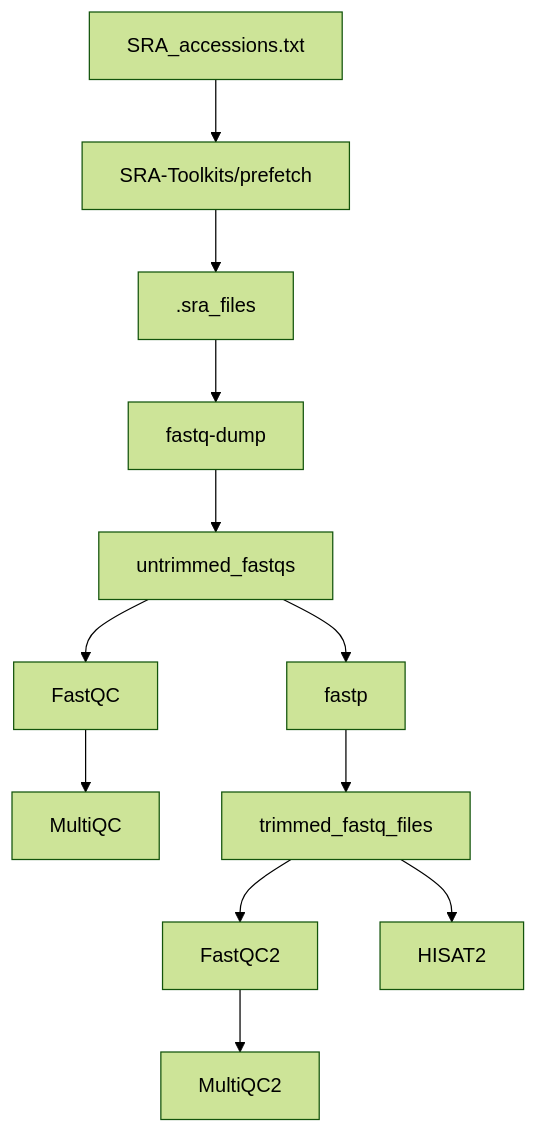
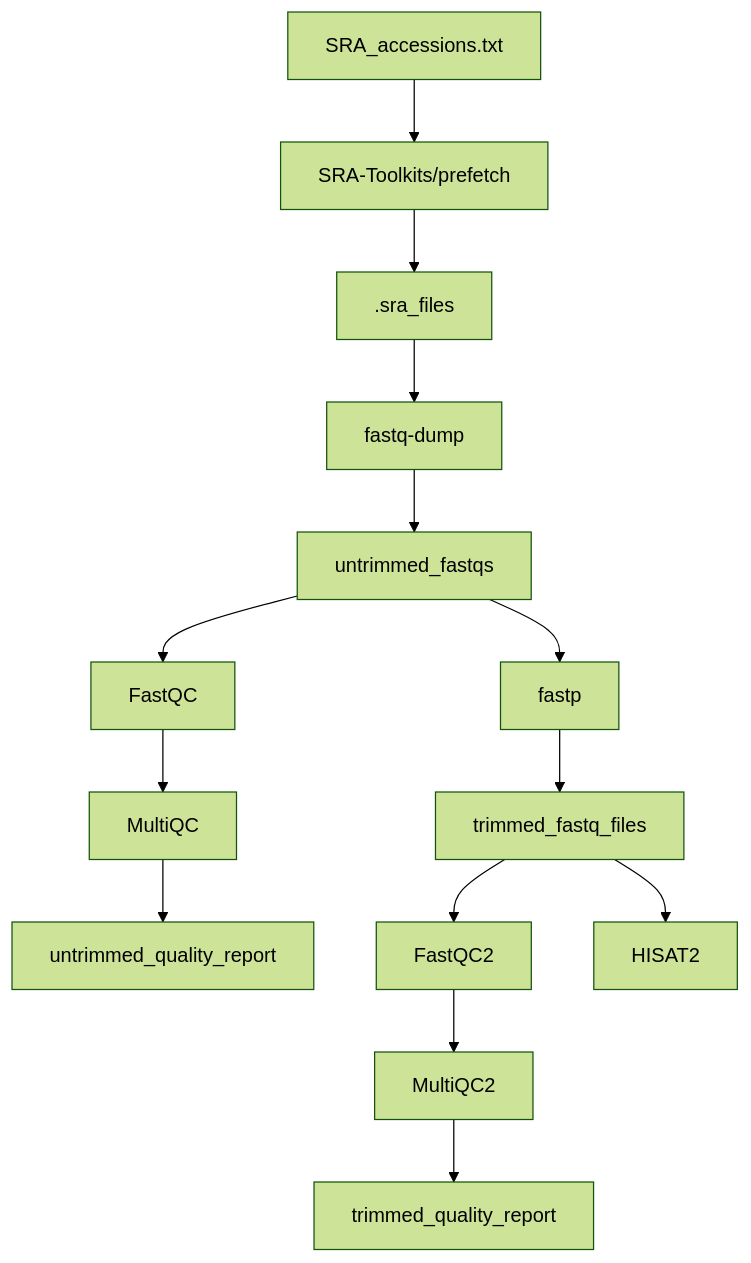
Before and after one commit to aharia22/Novel-Biomarker-Prediction-for-Lung-Cancer: the diagram in README.md, drawn with Mermaid (forest theme).

````diff
--- a/README.md
+++ b/README.md
@@ -16,14 +16,16 @@
 ```mermaid
 graph TD;
     SRA_accessions.txt-->SRA-Toolkits/prefetch;
     SRA-Toolkits/prefetch-->.sra_files;
     .sra_files-->fastq-dump;
     fastq-dump-->untrimmed_fastqs;
     untrimmed_fastqs-->FastQC;
     FastQC-->MultiQC
+    MultiQC-->untrimmed_quality_report
     untrimmed_fastqs-->fastp;
     fastp-->trimmed_fastq_files;
     trimmed_fastq_files-->FastQC2;
     FastQC2-->MultiQC2;
+    MultiQC2-->trimmed_quality_report
     trimmed_fastq_files-->HISAT2;
 ```
````
